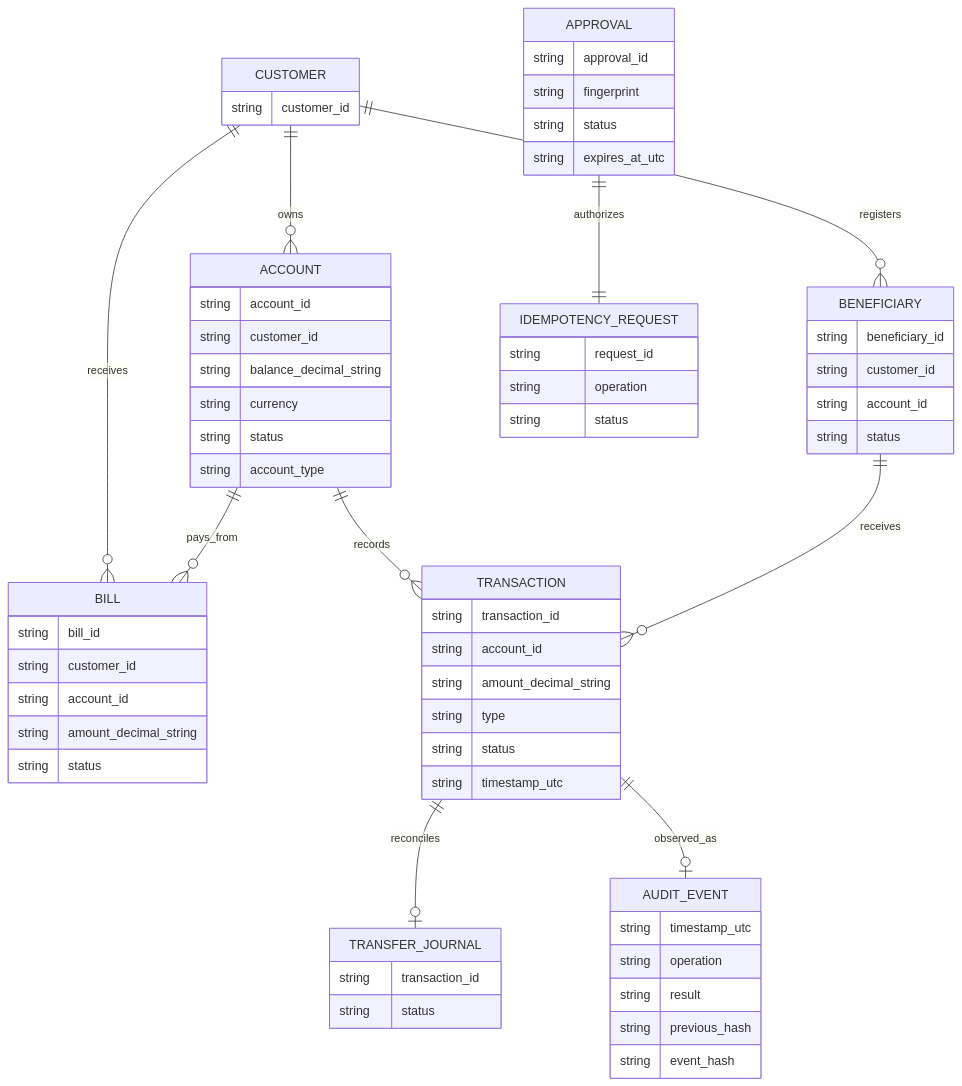
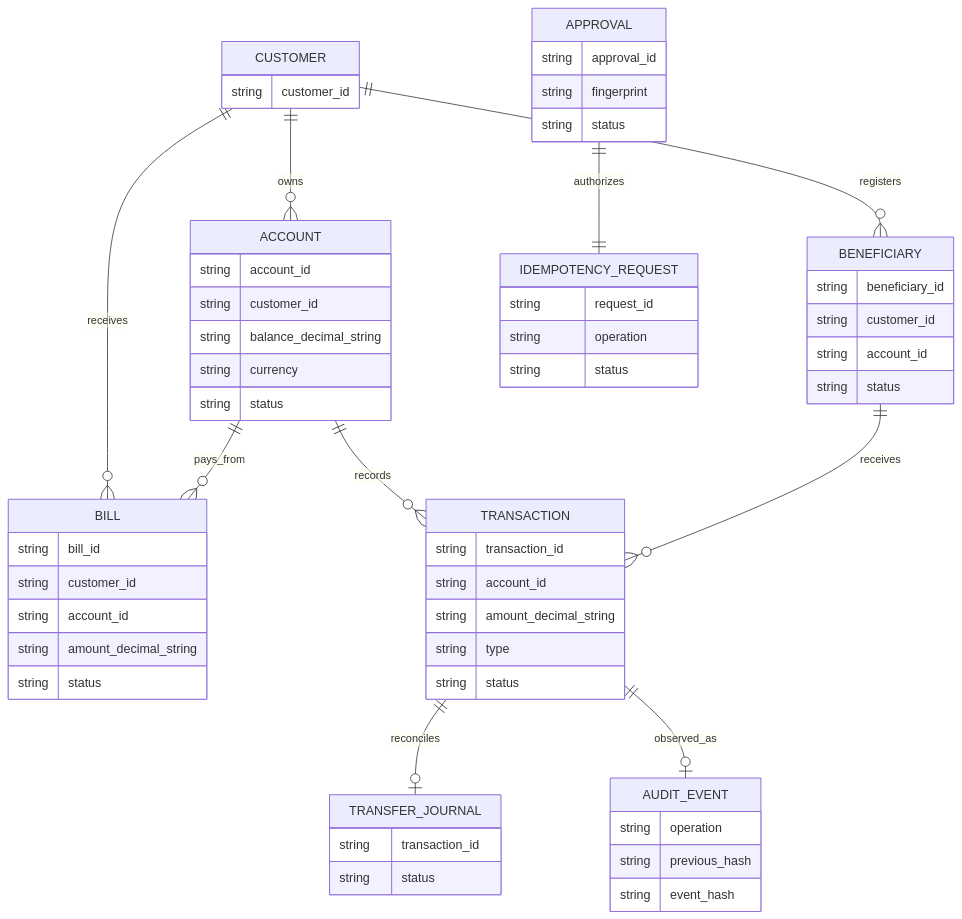
The third of 3 diagrams in README.md (MustakimShaikh01/Harness-Demo), drawn with Mermaid before and after one commit. The commit also changed other lines of this file, not shown here.

````diff
--- a/README.md
+++ b/README.md
@@ -80,67 +217,62 @@
 ```mermaid
 erDiagram
     CUSTOMER ||--o{ ACCOUNT : owns
     CUSTOMER ||--o{ BENEFICIARY : registers
     CUSTOMER ||--o{ BILL : receives
     ACCOUNT ||--o{ TRANSACTION : records
     BENEFICIARY ||--o{ TRANSACTION : receives
     ACCOUNT ||--o{ BILL : pays_from
     APPROVAL ||--|| IDEMPOTENCY_REQUEST : authorizes
     TRANSACTION ||--o| TRANSFER_JOURNAL : reconciles
     TRANSACTION ||--o| AUDIT_EVENT : observed_as
 
     CUSTOMER {
         string customer_id
     }
     ACCOUNT {
         string account_id
         string customer_id
         string balance_decimal_string
         string currency
         string status
-        string account_type
     }
     BENEFICIARY {
         string beneficiary_id
         string customer_id
         string account_id
         string status
     }
     BILL {
         string bill_id
         string customer_id
         string account_id
         string amount_decimal_string
         string status
     }
     TRANSACTION {
         string transaction_id
         string account_id
         string amount_decimal_string
         string type
         string status
-        string timestamp_utc
     }
     APPROVAL {
         string approval_id
         string fingerprint
         string status
-        string expires_at_utc
     }
     IDEMPOTENCY_REQUEST {
         string request_id
         string operation
         string status
     }
     TRANSFER_JOURNAL {
         string transaction_id
         string status
     }
     AUDIT_EVENT {
-        string timestamp_utc
         string operation
-        string result
         string previous_hash
         string event_hash
     }
 ```
````
